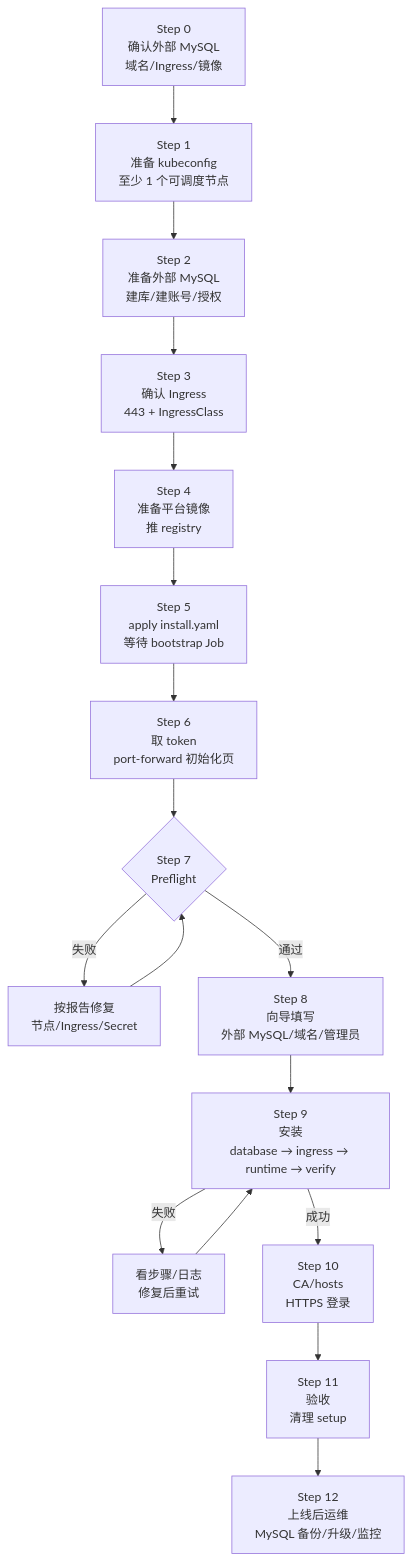
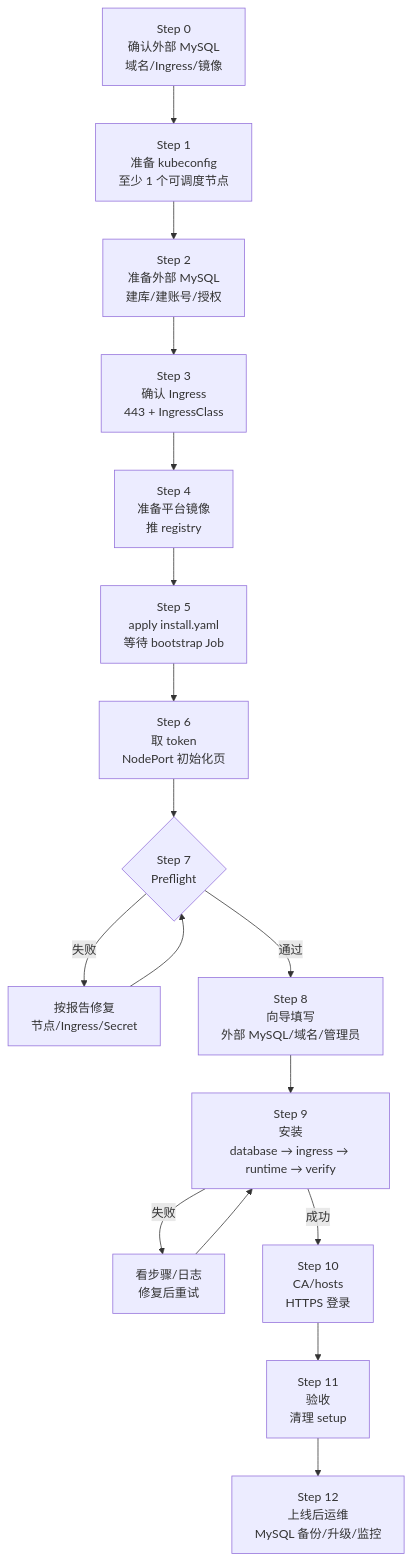
The first of 2 diagrams in docs/deployment/install.md (todaysu/k8s-platform), drawn with Mermaid before and after one commit. The commit also changed other lines of this file and 3 other files, not shown here.

First line of the commit message:
feat: expose setup via NodePort 30080

````diff
--- a/docs/deployment/install.md
+++ b/docs/deployment/install.md
@@ -22,19 +22,19 @@
 ```mermaid
 flowchart TD
     A["Step 0<br/>确认外部 MySQL<br/>域名/Ingress/镜像"] --> B["Step 1<br/>准备 kubeconfig<br/>至少 1 个可调度节点"]
     B --> C["Step 2<br/>准备外部 MySQL<br/>建库/建账号/授权"]
     C --> D["Step 3<br/>确认 Ingress<br/>443 + IngressClass"]
     D --> E["Step 4<br/>准备平台镜像<br/>推 registry"]
     E --> F["Step 5<br/>apply install.yaml<br/>等待 bootstrap Job"]
-    F --> G["Step 6<br/>取 token<br/>port-forward 初始化页"]
+    F --> G["Step 6<br/>取 token<br/>NodePort 初始化页"]
     G --> H{"Step 7<br/>Preflight"}
     H -->|失败| H1["按报告修复<br/>节点/Ingress/Secret"]
     H1 --> H
     H -->|通过| I["Step 8<br/>向导填写<br/>外部 MySQL/域名/管理员"]
     I --> J["Step 9<br/>安装<br/>database → ingress → runtime → verify"]
     J -->|失败| J1["看步骤/日志<br/>修复后重试"]
     J1 --> J
     J -->|成功| K["Step 10<br/>CA/hosts<br/>HTTPS 登录"]
     K --> L["Step 11<br/>验收<br/>清理 setup"]
     L --> M["Step 12<br/>上线后运维<br/>MySQL 备份/升级/监控"]
 ```
````
